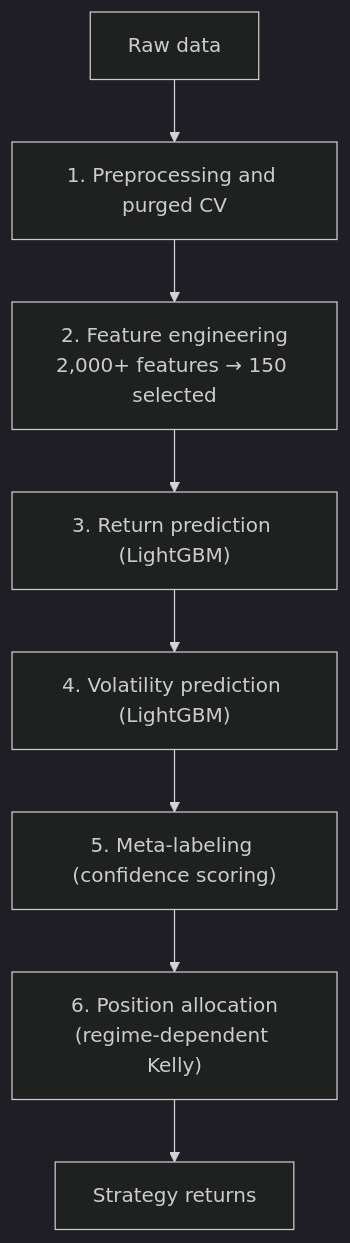
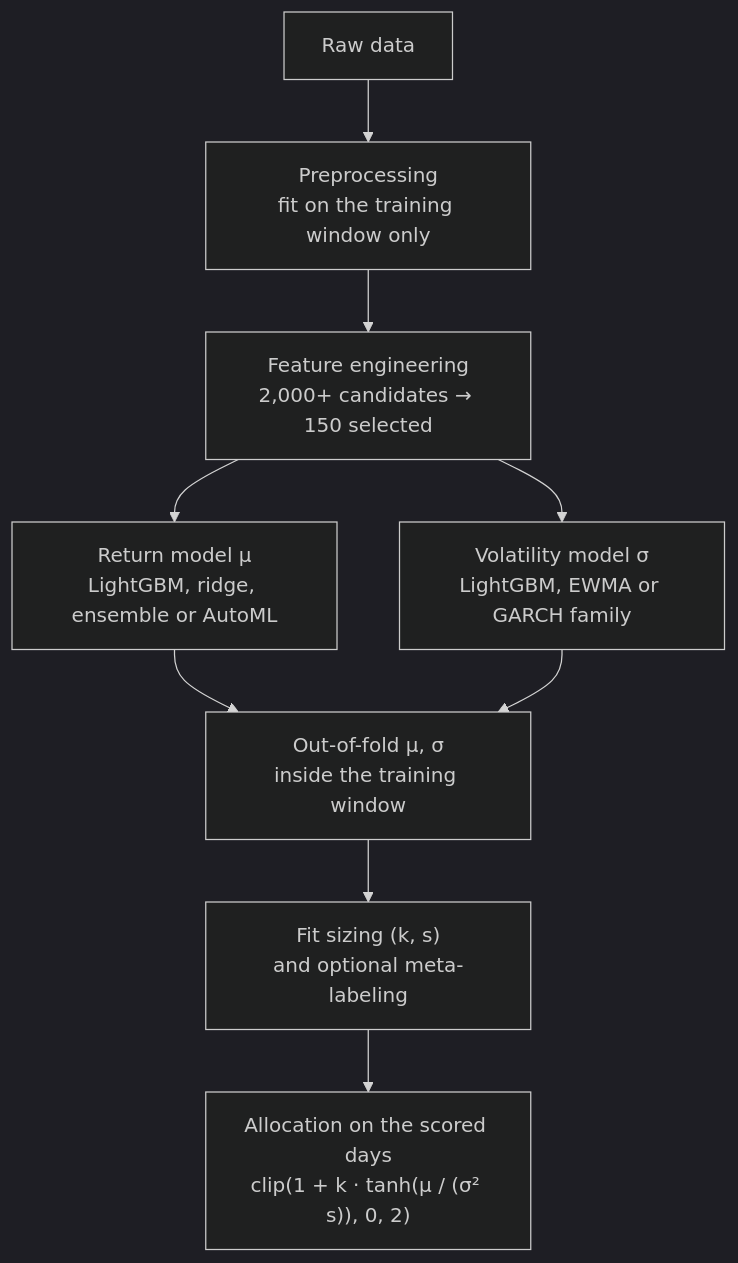
The diagram in DOCUMENTATION.md (MarcosSaade/optimal-sp500), drawn with Mermaid (dark theme) before and after one commit. The commit also changed other lines of this file and 72 other files, not shown here.

````diff
--- a/DOCUMENTATION.md
+++ b/DOCUMENTATION.md
@@ -11,10 +7,11 @@
 ```mermaid
 flowchart TD
-    A[Raw data] --> B["1. Preprocessing and purged CV"]
-    B --> C["2. Feature engineering<br/>2,000+ features → 150 selected"]
-    C --> D["3. Return prediction (LightGBM)"]
-    D --> E["4. Volatility prediction (LightGBM)"]
-    E --> F["5. Meta-labeling (confidence scoring)"]
-    F --> G["6. Position allocation<br/>(regime-dependent Kelly)"]
-    G --> H[Strategy returns]
+    A[Raw data] --> B["Preprocessing<br/>fit on the training window only"]
+    B --> C["Feature engineering<br/>2,000+ candidates → 150 selected"]
+    C --> D["Return model μ<br/>LightGBM, ridge, ensemble or AutoML"]
+    C --> E["Volatility model σ<br/>LightGBM, EWMA or GARCH family"]
+    D --> F["Out-of-fold μ, σ<br/>inside the training window"]
+    E --> F
+    F --> G["Fit sizing (k, s)<br/>and optional meta-labeling"]
+    G --> H["Allocation on the scored days<br/>clip(1 + k · tanh(μ / (σ² s)), 0, 2)"]
 ```
````
